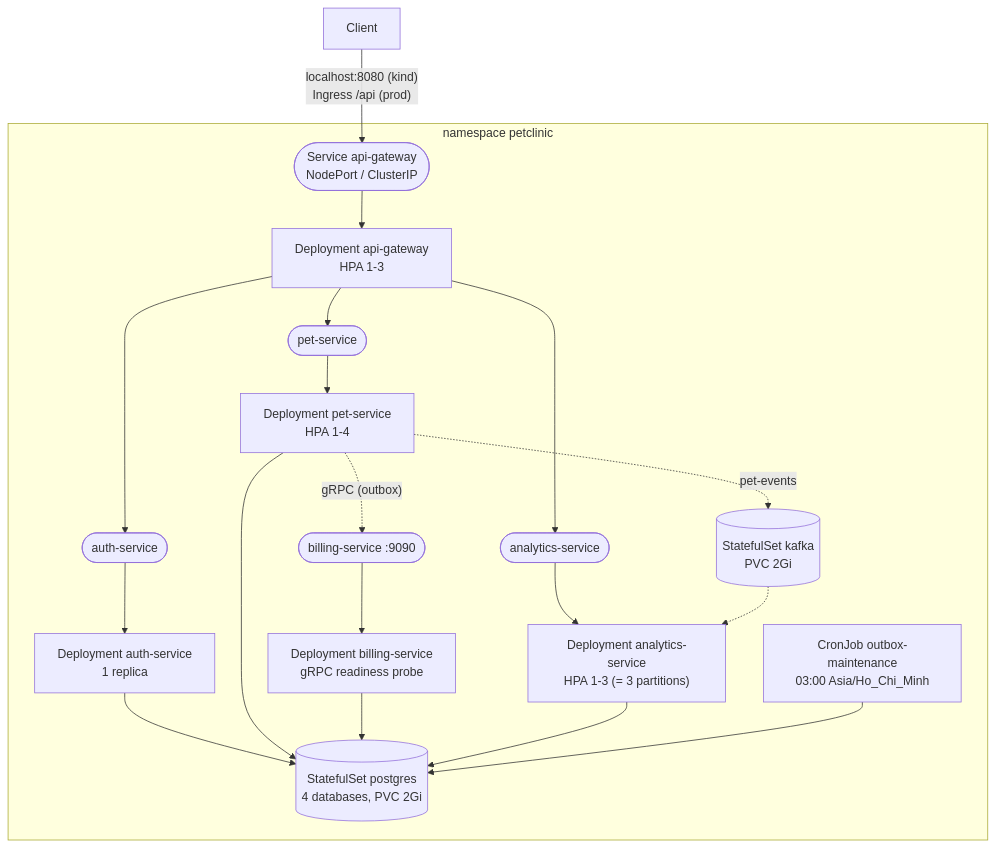
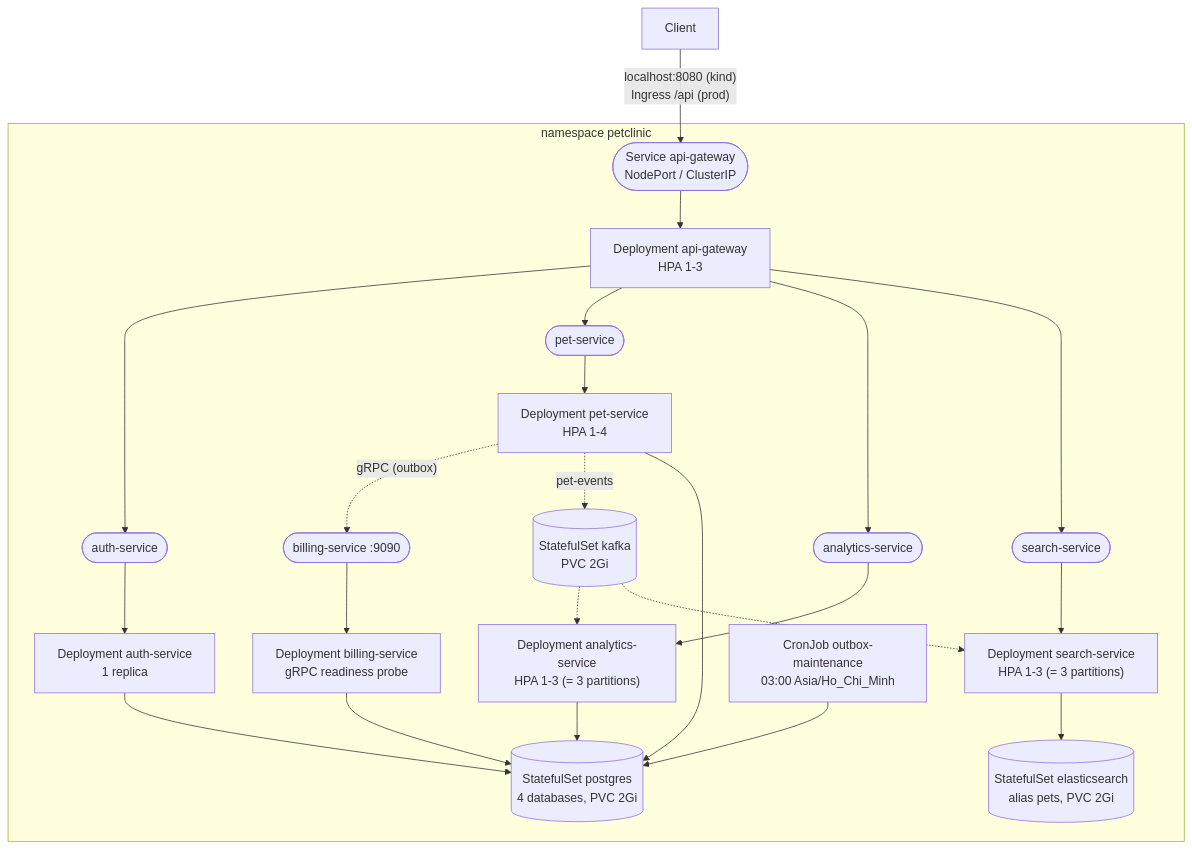
One commit to Phongasfd/pet-clinic-management changed the diagram in docs/kubernetes.md. Above: the diagram before and after it, drawn with Mermaid. The commit also changed other lines of this file and 13 other files, not shown here.

First line of the commit message:
feat(k8s): deploy search-service and Elasticsearch

````diff
--- a/docs/kubernetes.md
+++ b/docs/kubernetes.md
@@ -52,15 +52,18 @@
 ```mermaid
 flowchart TB
     user["Client"] -->|"localhost:8080 (kind)<br/>Ingress /api (prod)"| gwsvc
     subgraph ns["namespace petclinic"]
         gwsvc(["Service api-gateway<br/>NodePort / ClusterIP"]) --> gw["Deployment api-gateway<br/>HPA 1-3"]
         gw --> authsvc(["auth-service"]) --> auth["Deployment auth-service<br/>1 replica"]
         gw --> petsvc(["pet-service"]) --> pet["Deployment pet-service<br/>HPA 1-4"]
         gw --> ansvc(["analytics-service"]) --> an["Deployment analytics-service<br/>HPA 1-3 (= 3 partitions)"]
+        gw --> sesvc(["search-service"]) --> se["Deployment search-service<br/>HPA 1-3 (= 3 partitions)"]
         pet -.->|"gRPC (outbox)"| billsvc(["billing-service :9090"]) --> bill["Deployment billing-service<br/>gRPC readiness probe"]
         pet -.->|"pet-events"| kafka[("StatefulSet kafka<br/>PVC 2Gi")]
         kafka -.-> an
+        kafka -.-> se
+        se --> es[("StatefulSet elasticsearch<br/>alias pets, PVC 2Gi")]
         auth & pet & bill & an --> pg[("StatefulSet postgres<br/>4 databases, PVC 2Gi")]
         cron["CronJob outbox-maintenance<br/>03:00 Asia/Ho_Chi_Minh"] --> pg
     end
 ```
````
